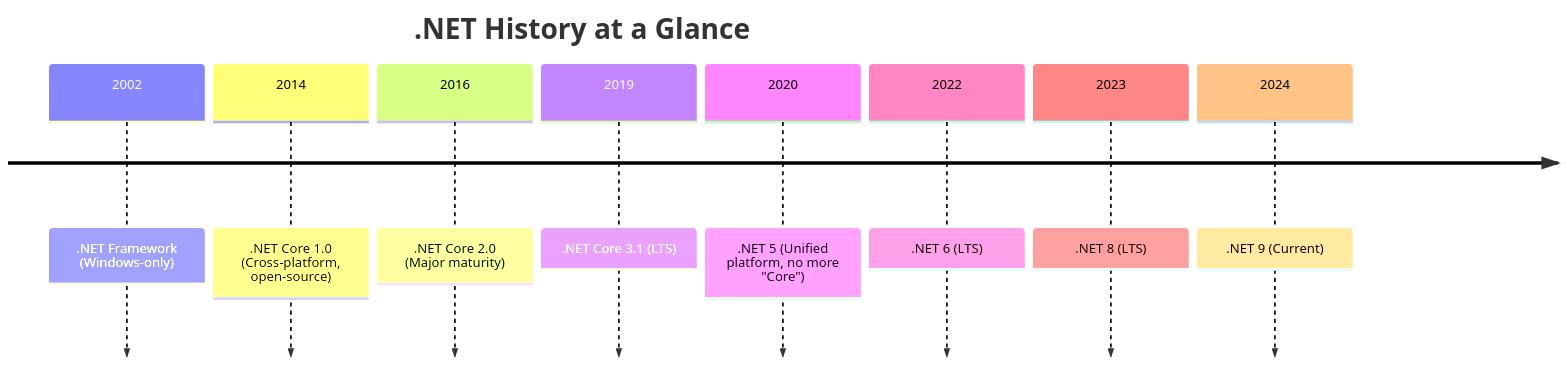
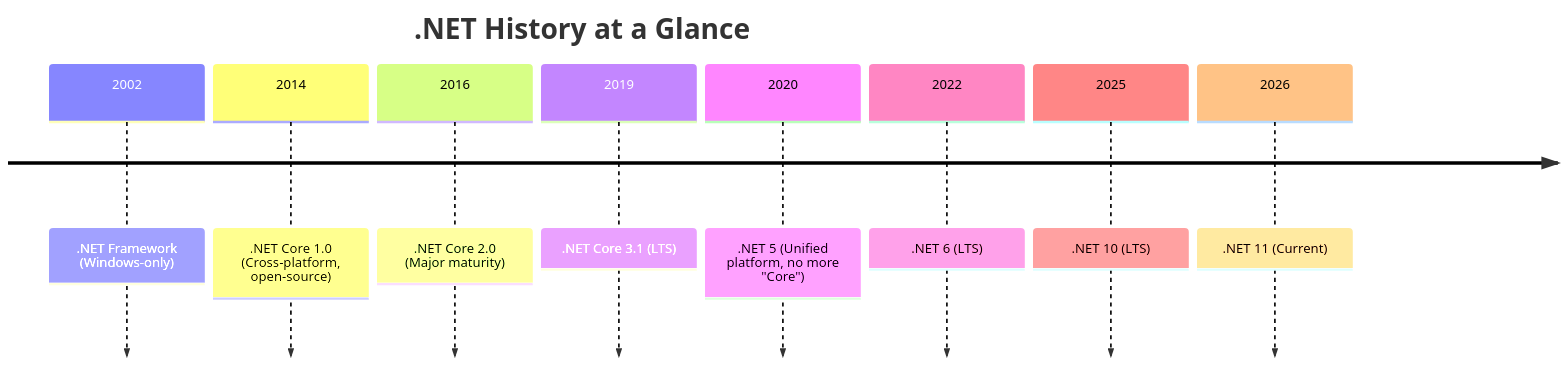
Before and after one commit to bsen20/ASP.NET: the diagram in docs/01-dotnet-ecosystem.md, drawn with Mermaid. The commit also changed other lines of this file and 7 other files, not shown here.

````diff
--- a/docs/01-dotnet-ecosystem.md
+++ b/docs/01-dotnet-ecosystem.md
@@ -7,12 +7,12 @@
 ```mermaid
 timeline
     title .NET History at a Glance
     2002 : .NET Framework (Windows-only)
     2014 : .NET Core 1.0 (Cross-platform, open-source)
     2016 : .NET Core 2.0 (Major maturity)
     2019 : .NET Core 3.1 (LTS)
     2020 : .NET 5 (Unified platform, no more "Core")
     2022 : .NET 6 (LTS)
-    2023 : .NET 8 (LTS)
-    2024 : .NET 9 (Current)
+     2025 : .NET 10 (LTS)
+     2026 : .NET 11 (Current)
 ```
````
